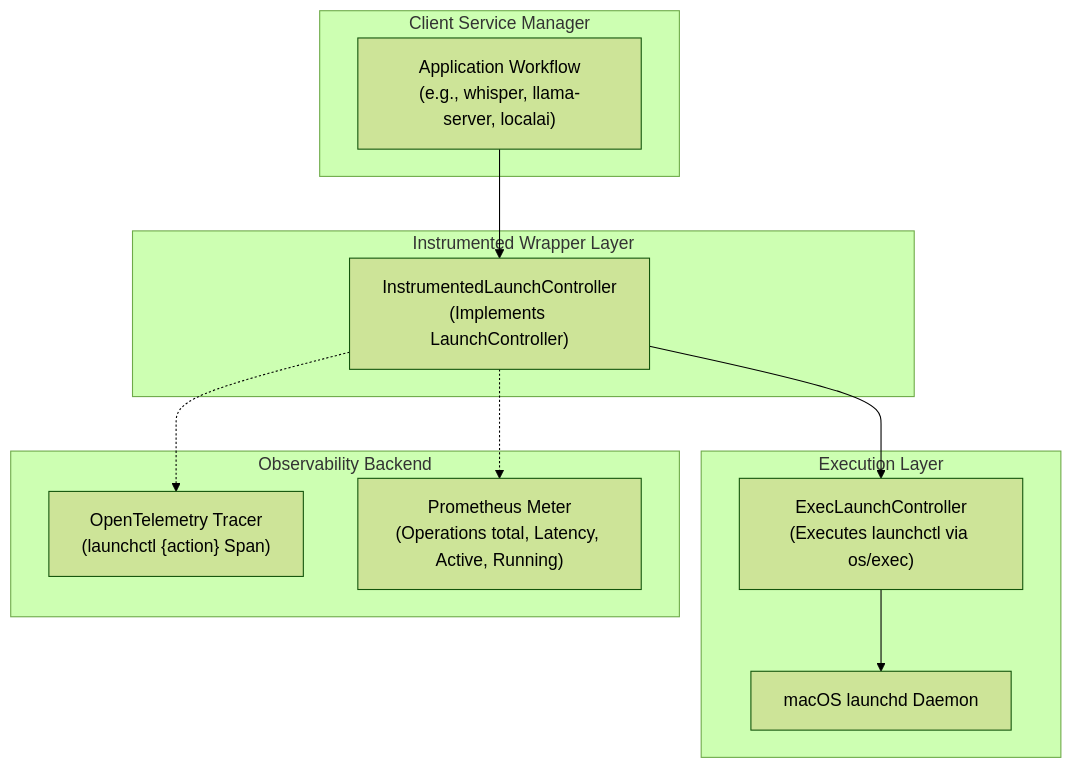
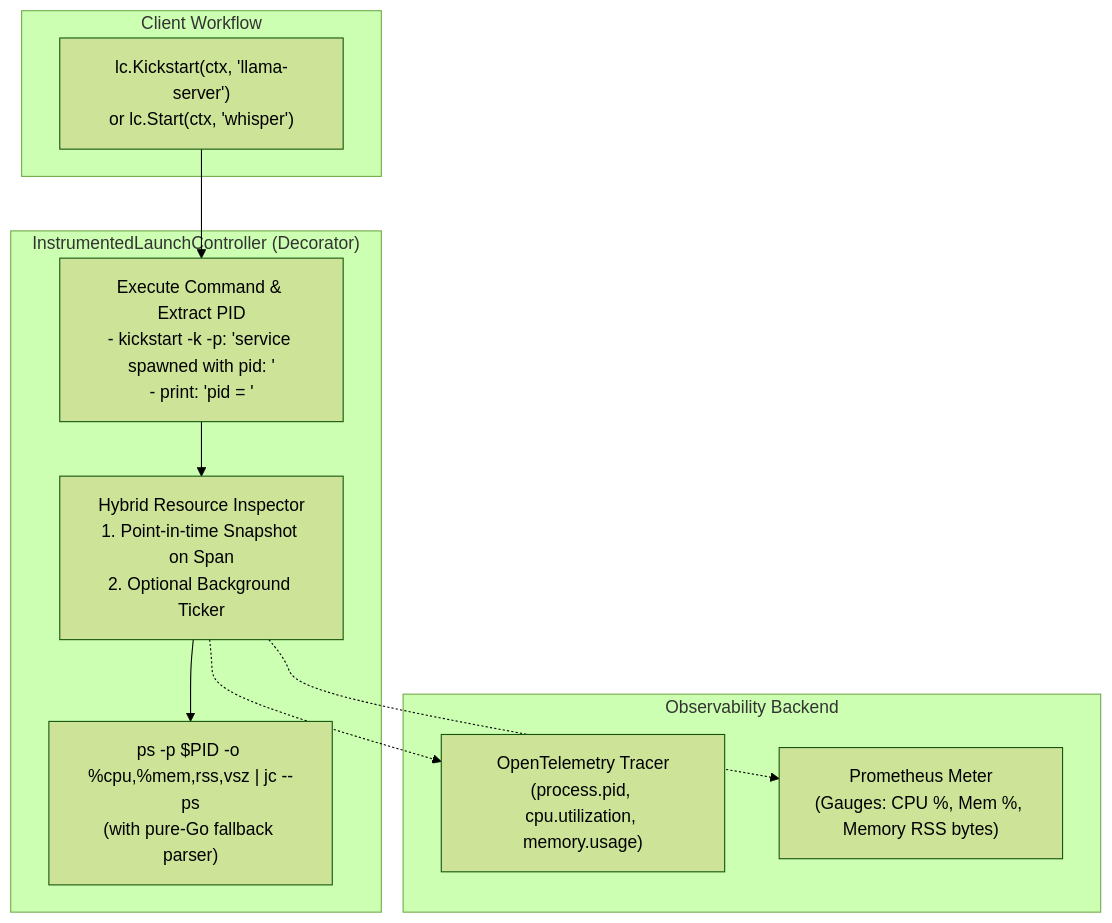
Before and after one commit to srthk29/opentelemetry-tutorial: the diagram in docs/LAUNCHCTL_INSTRUMENTATION_GUIDE.md, drawn with Mermaid (forest theme). The commit also changed other lines of this file and 4 other files, not shown here.

Commit message:
feat(instrumented): add hybrid CPU/memory resource monitoring with kickstart -p PID extraction

````diff
--- a/docs/LAUNCHCTL_INSTRUMENTATION_GUIDE.md
+++ b/docs/LAUNCHCTL_INSTRUMENTATION_GUIDE.md
@@ -9,26 +9,23 @@
 ```mermaid
 flowchart TD
-    subgraph ClientCode ["Client Service Manager"]
-        A["Application Workflow<br/>(e.g., whisper, llama-server, localai)"]
+    subgraph ClientCode ["Client Workflow"]
+        A["lc.Kickstart(ctx, 'llama-server')<br/>or lc.Start(ctx, 'whisper')"]
     end
 
-    subgraph WrapperLayer ["Instrumented Wrapper Layer"]
-        B["InstrumentedLaunchController<br/>(Implements LaunchController)"]
-    end
-
-    subgraph ExecutionLayer ["Execution Layer"]
-        C["ExecLaunchController<br/>(Executes launchctl via os/exec)"]
-        D["macOS launchd Daemon"]
+    subgraph WrapperLayer ["InstrumentedLaunchController (Decorator)"]
+        B["Execute Command & Extract PID<br/>- kickstart -k -p: 'service spawned with pid: <PID>'<br/>- print: 'pid = <PID>'"]
+        C["Hybrid Resource Inspector<br/>1. Point-in-time Snapshot on Span<br/>2. Optional Background Ticker"]
+        D["ps -p $PID -o %cpu,%mem,rss,vsz | jc --ps<br/>(with pure-Go fallback parser)"]
     end
 
     subgraph Observability ["Observability Backend"]
-        Tracer["OpenTelemetry Tracer<br/>(launchctl {action} Span)"]
-        Prom["Prometheus Meter<br/>(Operations total, Latency, Active, Running)"]
+        Tracer["OpenTelemetry Tracer<br/>(process.pid, cpu.utilization, memory.usage)"]
+        Prom["Prometheus Meter<br/>(Gauges: CPU %, Mem %, Memory RSS bytes)"]
     end
 
     A --> B
     B --> C
     C --> D
-    B -.-> Tracer
-    B -.-> Prom
+    C -.-> Tracer
+    C -.-> Prom
 ```
````
